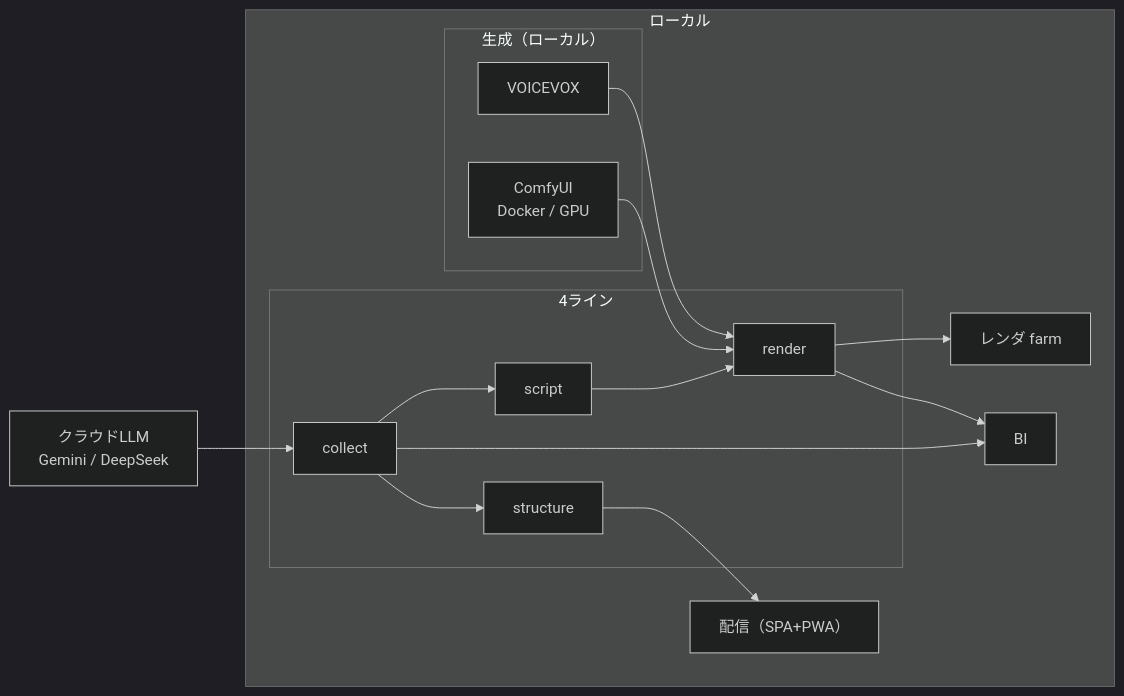
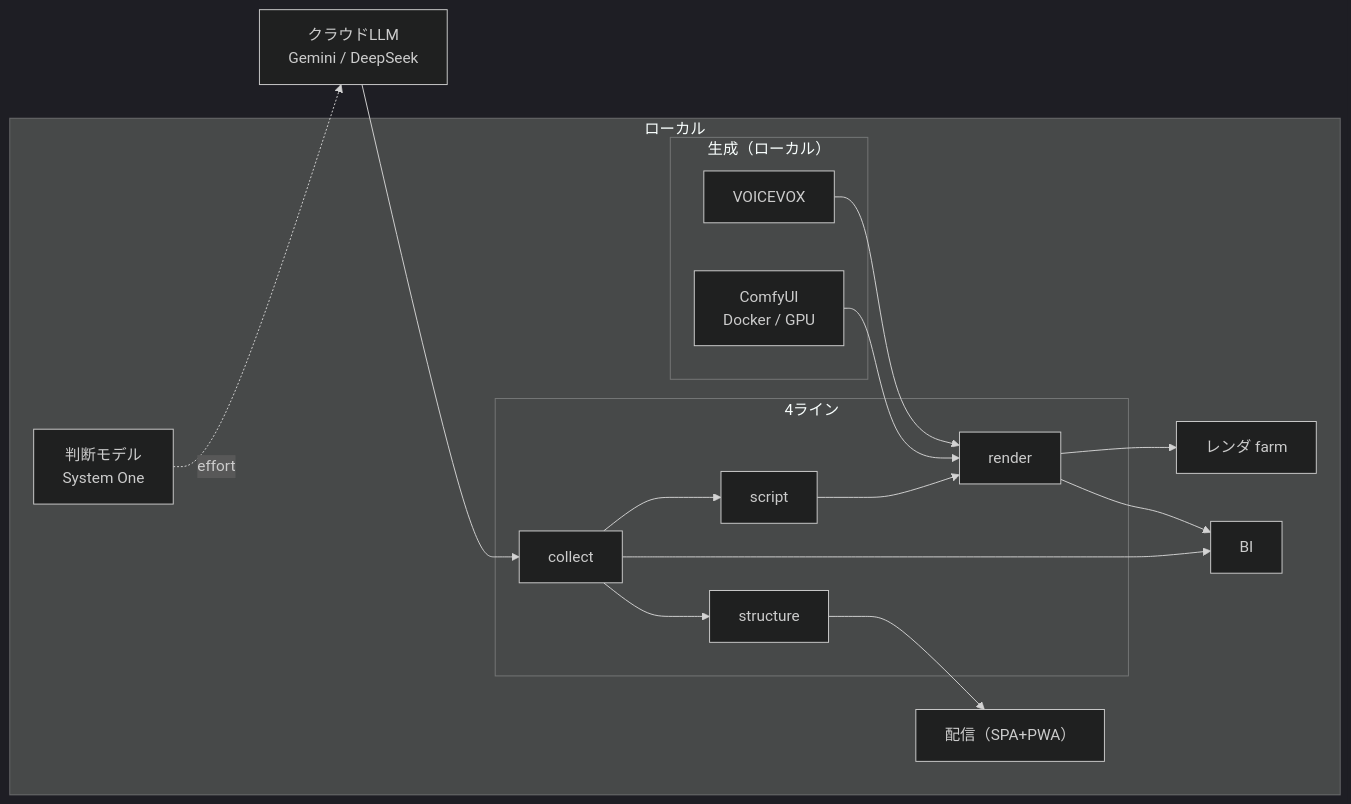
Before and after one commit to RintaroMatsumoto/ai-production-line: the diagram in docs/01-architecture.md, drawn with Mermaid (dark theme). The commit also changed other lines of this file and 6 other files, not shown here.

````diff
--- a/docs/01-architecture.md
+++ b/docs/01-architecture.md
@@ -14,30 +15,32 @@
 ```mermaid
 flowchart LR
   subgraph LOCAL["ローカル"]
     subgraph GEN["生成（ローカル）"]
       C["ComfyUI<br/>Docker / GPU"]
       V["VOICEVOX"]
     end
     subgraph PIPE["4ライン"]
       L1["collect"]
       L2["structure"]
       L3["script"]
       L4["render"]
     end
     S["配信（SPA+PWA）"]
     R["レンダ farm"]
     BI["BI"]
+    DEC["判断モデル<br/>System One"]
   end
   CL["クラウドLLM<br/>Gemini / DeepSeek"]
 
+  DEC -. "effort" .-> CL
   CL --> L1
   L1 --> L2
   L1 --> L3
   L3 --> L4
   L2 --> S
   L4 --> R
   L1 --> BI
   L4 --> BI
   C --> L4
   V --> L4
 ```
````
